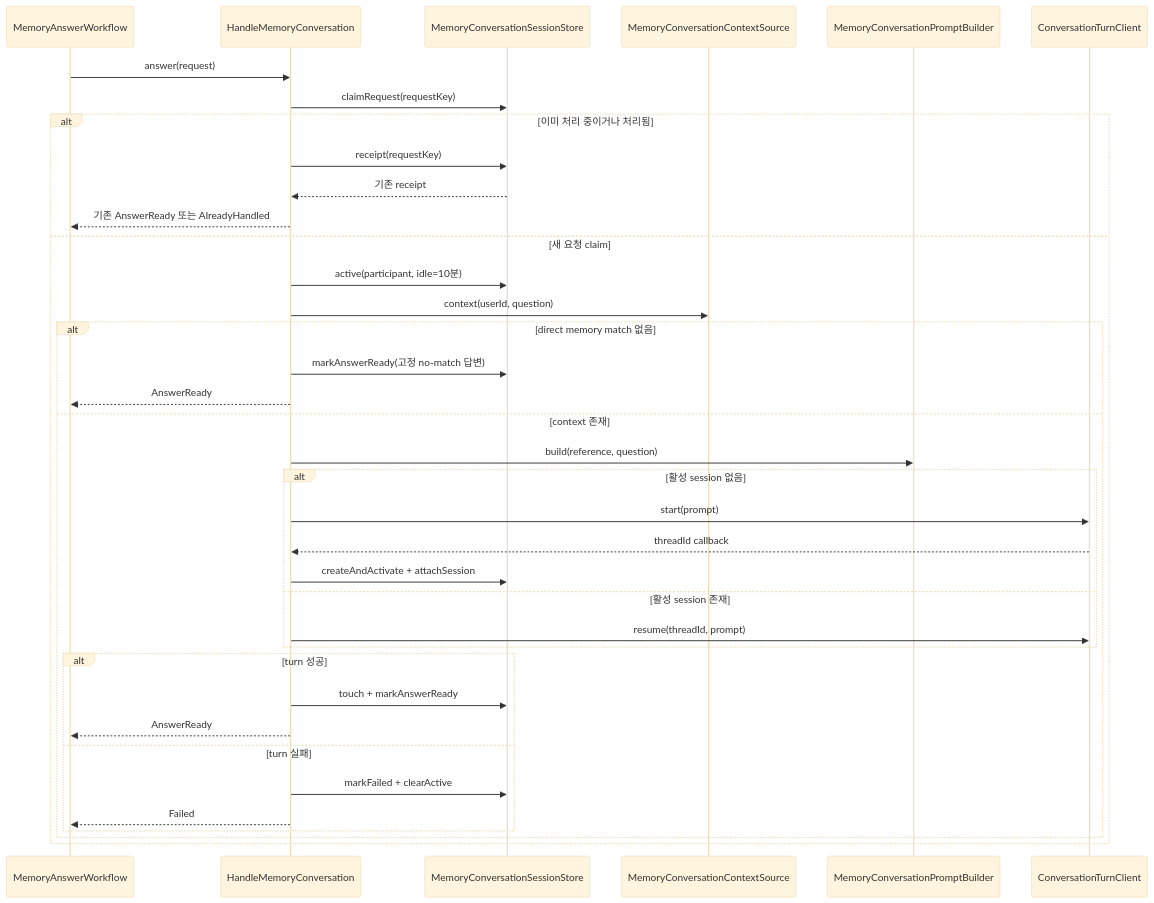
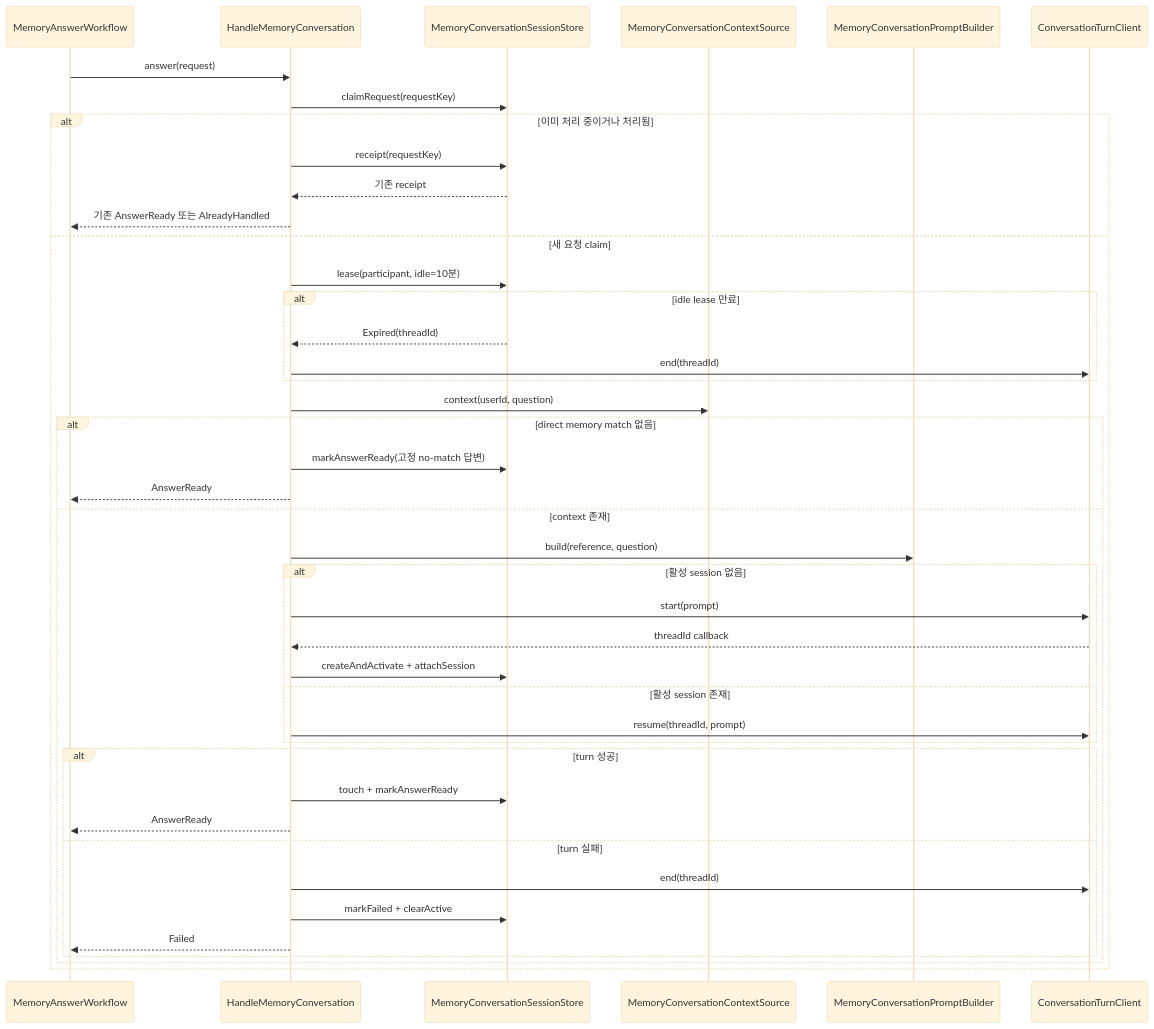
The first of 3 diagrams in application/src/main/kotlin/com/homeassistant/application/usecase/memory/conversation/README.md (magenta1223/home_assistant), drawn with Mermaid (base theme) before and after one commit. The commit also changed other lines of this file and 20 other files, not shown here.

````diff
--- a/application/src/main/kotlin/com/homeassistant/application/usecase/memory/conversation/README.md
+++ b/application/src/main/kotlin/com/homeassistant/application/usecase/memory/conversation/README.md
@@ -8,40 +8,45 @@
 ```mermaid
 sequenceDiagram
     participant Workflow as MemoryAnswerWorkflow
     participant Conversation as HandleMemoryConversation
     participant Sessions as MemoryConversationSessionStore
     participant Context as MemoryConversationContextSource
     participant Prompt as MemoryConversationPromptBuilder
     participant Client as ConversationTurnClient
 
     Workflow->>Conversation: answer(request)
     Conversation->>Sessions: claimRequest(requestKey)
     alt 이미 처리 중이거나 처리됨
         Conversation->>Sessions: receipt(requestKey)
         Sessions-->>Conversation: 기존 receipt
         Conversation-->>Workflow: 기존 AnswerReady 또는 AlreadyHandled
     else 새 요청 claim
-        Conversation->>Sessions: active(participant, idle=10분)
+        Conversation->>Sessions: lease(participant, idle=10분)
+        alt idle lease 만료
+            Sessions-->>Conversation: Expired(threadId)
+            Conversation->>Client: end(threadId)
+        end
         Conversation->>Context: context(userId, question)
         alt direct memory match 없음
             Conversation->>Sessions: markAnswerReady(고정 no-match 답변)
             Conversation-->>Workflow: AnswerReady
         else context 존재
             Conversation->>Prompt: build(reference, question)
             alt 활성 session 없음
                 Conversation->>Client: start(prompt)
                 Client-->>Conversation: threadId callback
                 Conversation->>Sessions: createAndActivate + attachSession
             else 활성 session 존재
                 Conversation->>Client: resume(threadId, prompt)
             end
             alt turn 성공
                 Conversation->>Sessions: touch + markAnswerReady
                 Conversation-->>Workflow: AnswerReady
             else turn 실패
+                Conversation->>Client: end(threadId)
                 Conversation->>Sessions: markFailed + clearActive
                 Conversation-->>Workflow: Failed
             end
         end
     end
 ```
````
